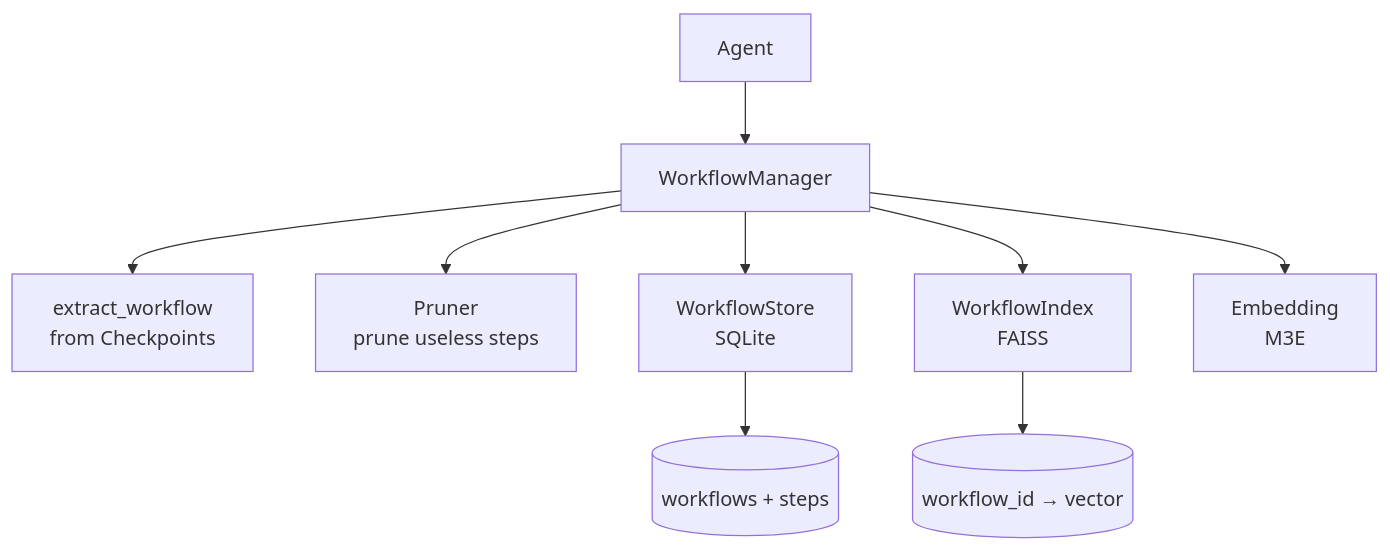
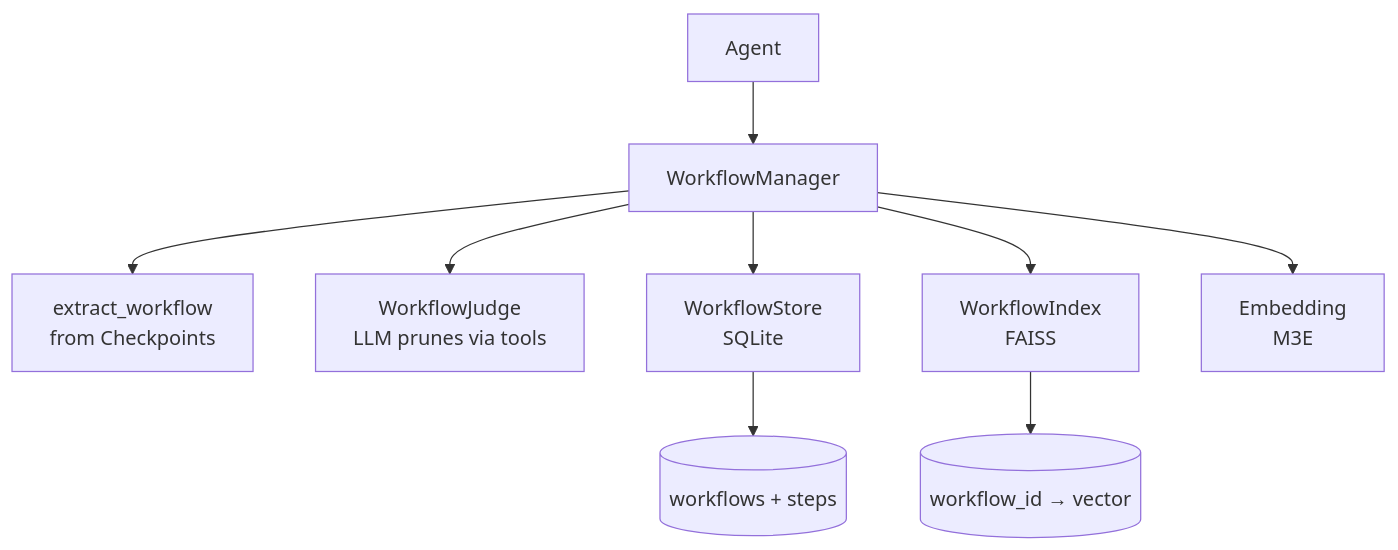
One commit to Mag1cry/WorkflowRAG changed the diagram in docs/README_EN.md. Above: the diagram before and after it, drawn with Mermaid. The commit also changed other lines of this file and 12 other files, not shown here.

First line of the commit message:
refactor: 移除全部规则剪枝，剪枝统一走 WorkflowJudge（LLM 剪枝）v0.7.0

````diff
--- a/docs/README_EN.md
+++ b/docs/README_EN.md
@@ -30,11 +30,11 @@
 ```mermaid
 flowchart TB
     Agent --> WM[WorkflowManager]
     WM --> Extract[extract_workflow<br/>from Checkpoints]
-    WM --> Pruner[Pruner<br/>prune useless steps]
+    WM --> Judge[WorkflowJudge<br/>LLM prunes via tools]
     WM --> Store[WorkflowStore<br/>SQLite]
     WM --> Index[WorkflowIndex<br/>FAISS]
     WM --> Embed[Embedding<br/>M3E]
     Store --> DB[(workflows + steps)]
     Index --> Vec[(workflow_id → vector)]
 ```
````
